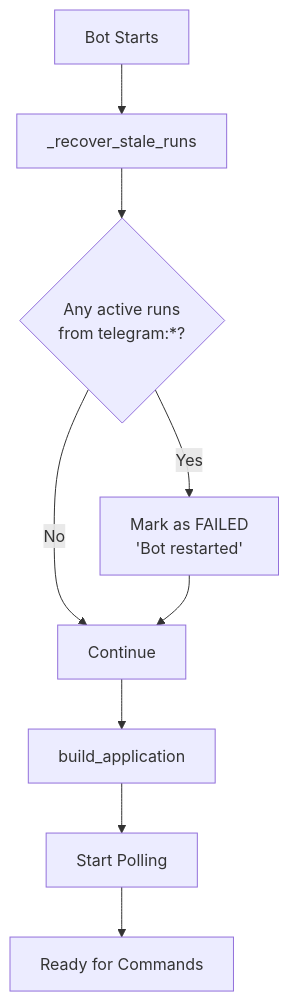
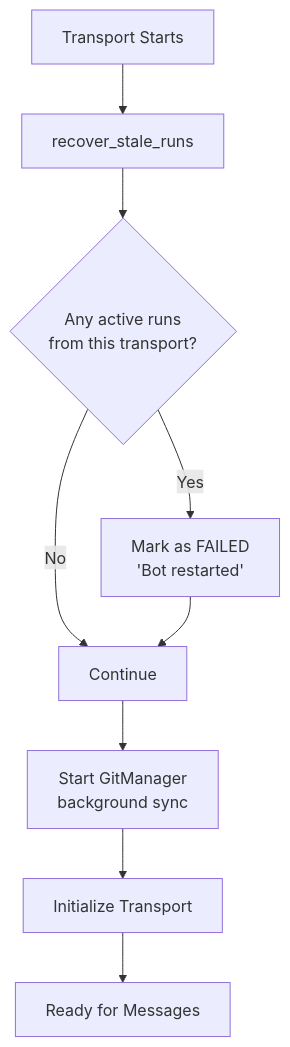
One commit to carrotly-ai/gluon-agent changed the sixth of 18 diagrams in README.md. Above: the diagram before and after it, drawn with Mermaid. The commit also changed other lines of this file and 18 other files, not shown here.

````diff
--- a/README.md
+++ b/README.md
@@ -302,11 +317,11 @@
 ```mermaid
 flowchart TD
-    A[Bot Starts] --> B[_recover_stale_runs]
-    B --> C{Any active runs<br/>from telegram:*?}
+    A[Transport Starts] --> B[recover_stale_runs]
+    B --> C{Any active runs<br/>from this transport?}
     C -->|Yes| D[Mark as FAILED<br/>'Bot restarted']
     C -->|No| E[Continue]
     D --> E
-    E --> F[build_application]
-    F --> G[Start Polling]
-    G --> H[Ready for Commands]
+    E --> F[Start GitManager<br/>background sync]
+    F --> G[Initialize Transport]
+    G --> H[Ready for Messages]
 ```
````
